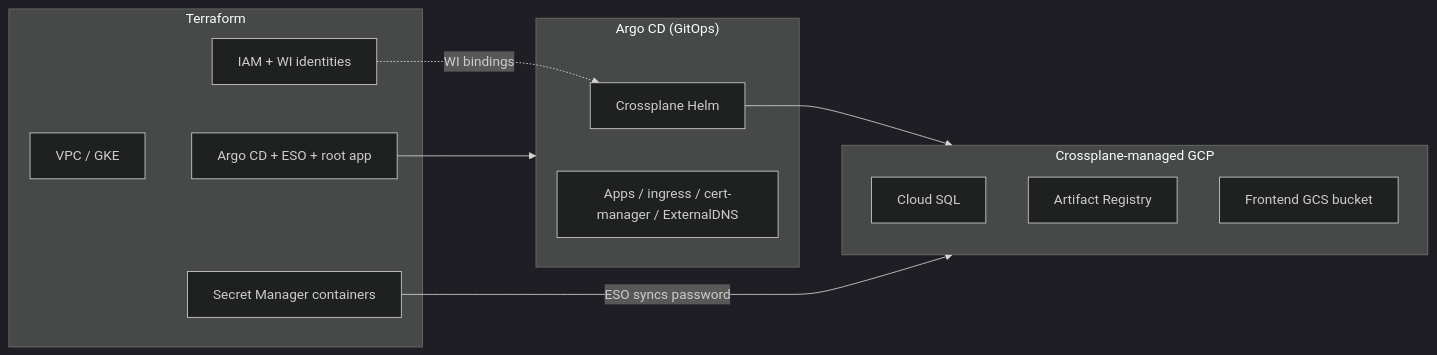
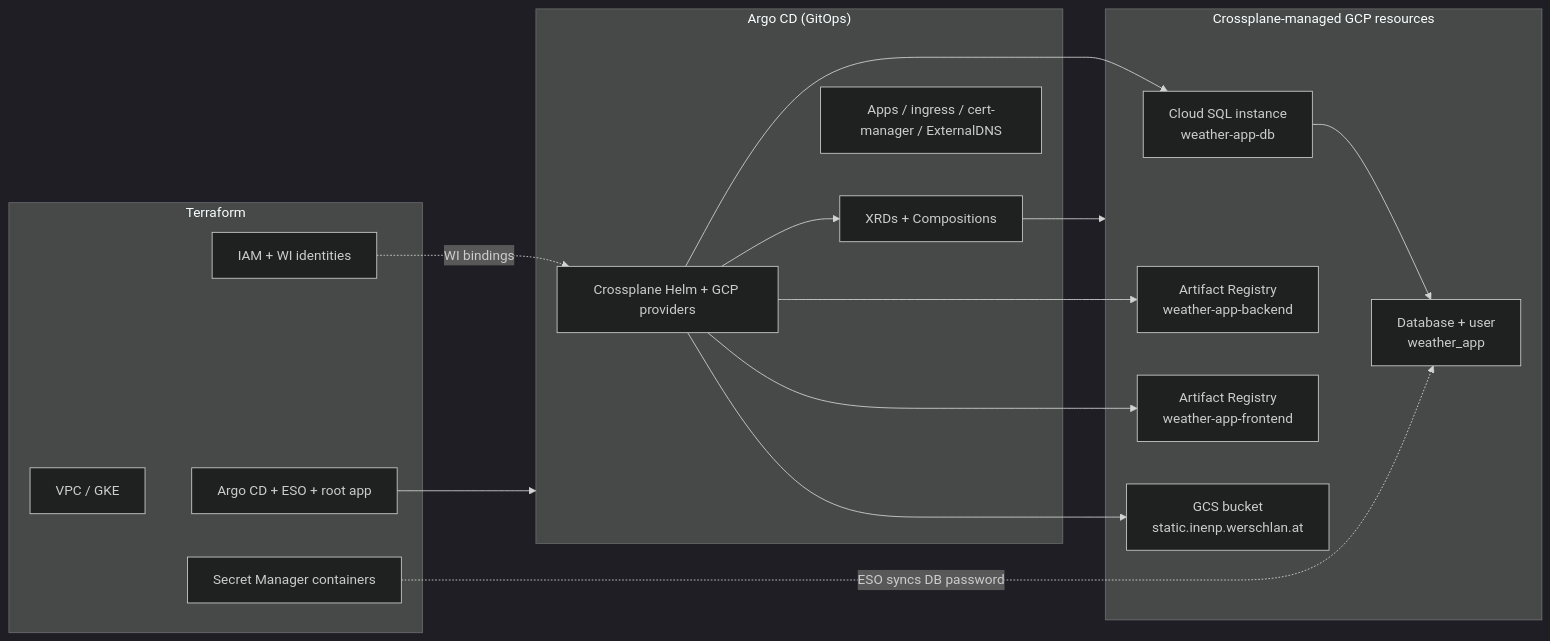
The diagram in docs/ARCHITECTURE.md (MCCE-2025/SS2026-INENP-IaC), drawn with Mermaid (dark theme) before and after one commit. The commit also changed 3 other files, not shown here.

First line of the commit message:
docs(architecture): detail Crossplane resources and composition flow

````diff
--- a/docs/ARCHITECTURE.md
+++ b/docs/ARCHITECTURE.md
@@ -32,26 +32,35 @@
 ```mermaid
 flowchart LR
     subgraph TF["Terraform"]
         VPC[VPC / GKE]
         IAM[IAM + WI identities]
         SM[Secret Manager containers]
         K8s[Argo CD + ESO + root app]
     end
 
     subgraph GitOps["Argo CD (GitOps)"]
-        XP[Crossplane Helm]
+        XP[Crossplane Helm + GCP providers]
+        XComp[XRDs + Compositions]
         Apps[Apps / ingress / cert-manager / ExternalDNS]
     end
 
-    subgraph XPRes["Crossplane-managed GCP"]
-        SQL[Cloud SQL]
-        GAR[Artifact Registry]
-        GCS[Frontend GCS bucket]
+    subgraph XPRes["Crossplane-managed GCP resources"]
+        SQLI["Cloud SQL instance<br/>weather-app-db"]
+        SQLDB["Database + user<br/>weather_app"]
+        GARB["Artifact Registry<br/>weather-app-backend"]
+        GARF["Artifact Registry<br/>weather-app-frontend"]
+        GCS["GCS bucket<br/>static.inenp.werschlan.at"]
     end
 
     TF --> K8s
     K8s --> GitOps
     IAM -.->|WI bindings| XP
-    XP --> XPRes
-    SM -->|ESO syncs password| XPRes
+    XP --> XComp
+    XComp --> XPRes
+    XP --> SQLI
+    XP --> GARB
+    XP --> GARF
+    XP --> GCS
+    SQLI --> SQLDB
+    SM -.->|ESO syncs DB password| SQLDB
 ```
````
